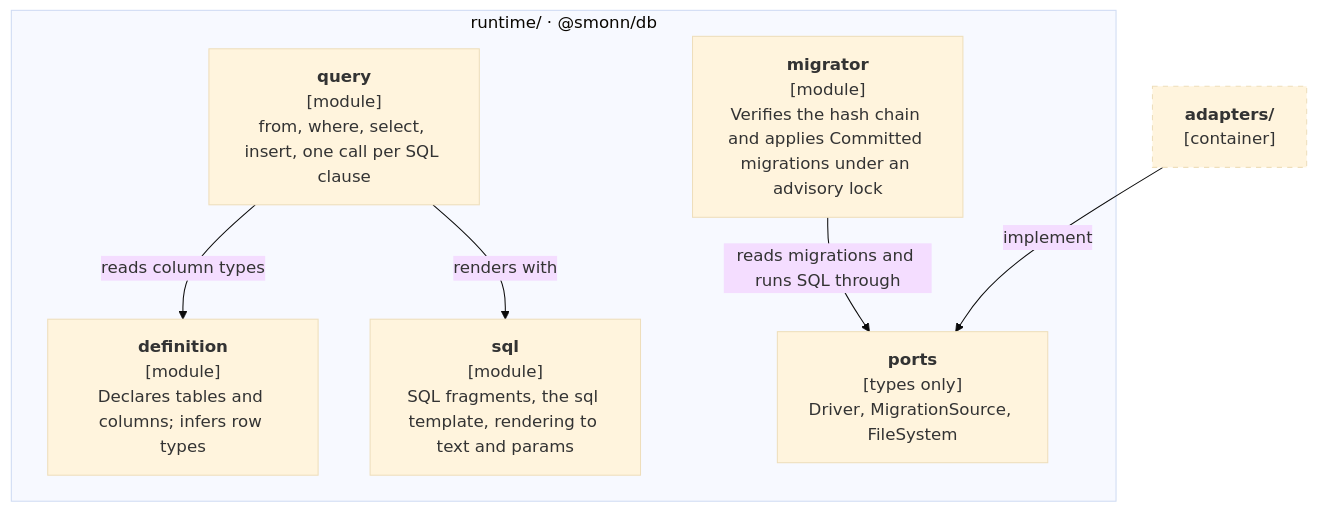
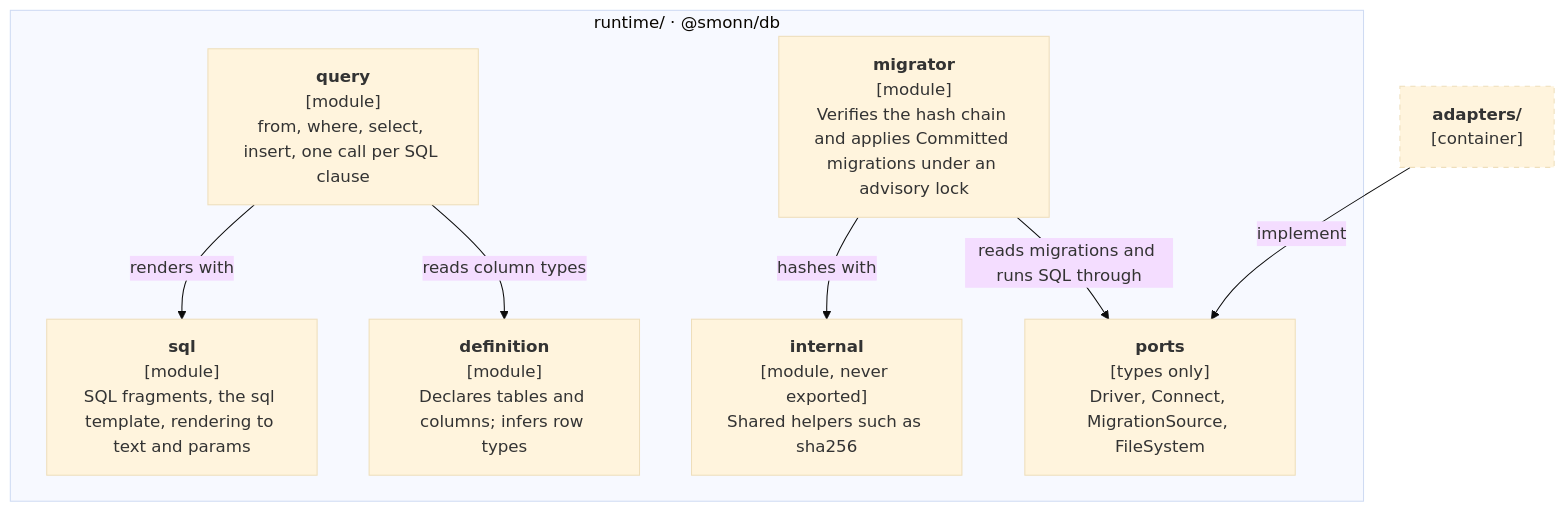
Before and after one commit to smonn/db: the second of 8 diagrams in docs/architecture.md, drawn with Mermaid (base theme). The commit also changed other lines of this file and 34 other files, not shown here.

````diff
--- a/docs/architecture.md
+++ b/docs/architecture.md
@@ -41,20 +41,22 @@
 ```mermaid
 flowchart TB
   subgraph runtime["runtime/ · @smonn/db"]
     definition["<b>definition</b><br/>[module]<br/>Declares tables and columns; infers row types"]
     query["<b>query</b><br/>[module]<br/>from, where, select, insert, one call per SQL clause"]
     sql["<b>sql</b><br/>[module]<br/>SQL fragments, the sql template, rendering to text and params"]
     migrator["<b>migrator</b><br/>[module]<br/>Verifies the hash chain and applies Committed migrations under an advisory lock"]
-    ports["<b>ports</b><br/>[types only]<br/>Driver, MigrationSource, FileSystem"]
+    ports["<b>ports</b><br/>[types only]<br/>Driver, Connect, MigrationSource, FileSystem"]
+    internal["<b>internal</b><br/>[module, never exported]<br/>Shared helpers such as sha256"]
   end
 
   adapters["<b>adapters/</b><br/>[container]"]
 
   query -- "reads column types" --> definition
   query -- "renders with" --> sql
   migrator -- "reads migrations and runs SQL through" --> ports
+  migrator -- "hashes with" --> internal
   adapters -- "implement" --> ports
 
   classDef external stroke-dasharray: 5 5
   class adapters external
 ```
````
